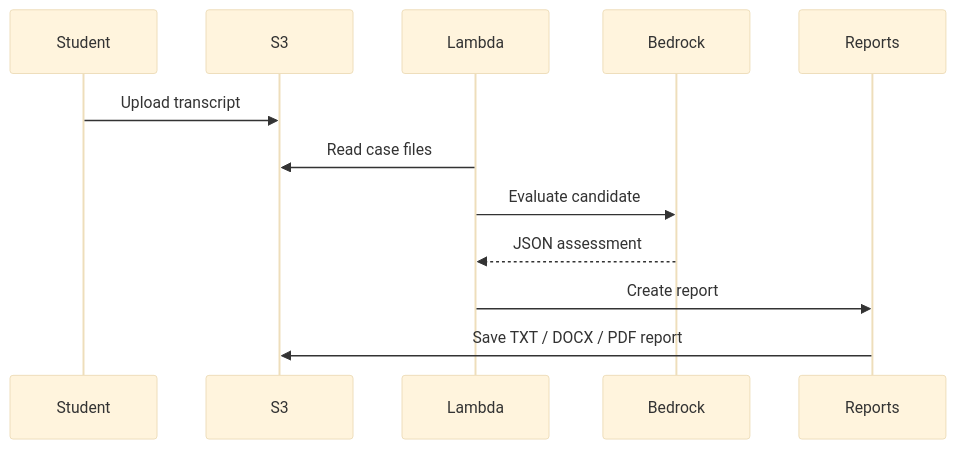
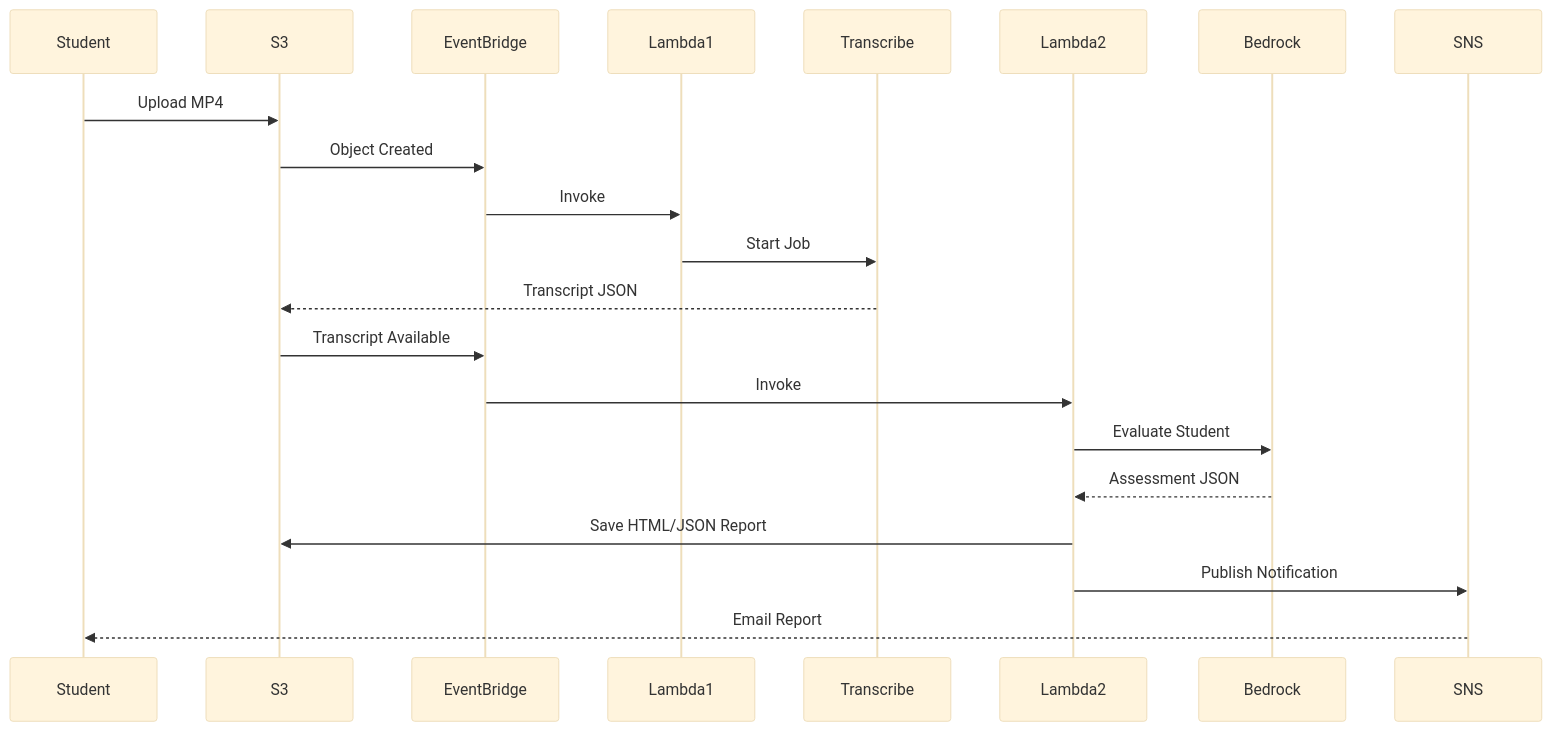
One commit to pratap-rajan/dental-ai-tutor changed the second of 4 diagrams in README.md. Above: the diagram before and after it, drawn with Mermaid (base theme). The commit also changed other lines of this file, not shown here.

````diff
--- a/README.md
+++ b/README.md
@@ -65,21 +127,36 @@
 ```mermaid
 sequenceDiagram
 
 participant Student
 participant S3
-participant Lambda
+participant EventBridge
+participant Lambda1
+participant Transcribe
+participant Lambda2
 participant Bedrock
-participant Reports
+participant SNS
 
-Student->>S3: Upload transcript
+Student->>S3: Upload MP4
 
-Lambda->>S3: Read case files
+S3->>EventBridge: Object Created
 
-Lambda->>Bedrock: Evaluate candidate
+EventBridge->>Lambda1: Invoke
 
-Bedrock-->>Lambda: JSON assessment
+Lambda1->>Transcribe: Start Job
 
-Lambda->>Reports: Create report
+Transcribe-->>S3: Transcript JSON
 
-Reports->>S3: Save TXT / DOCX / PDF report
+S3->>EventBridge: Transcript Available
+
+EventBridge->>Lambda2: Invoke
+
+Lambda2->>Bedrock: Evaluate Student
+
+Bedrock-->>Lambda2: Assessment JSON
+
+Lambda2->>S3: Save HTML/JSON Report
+
+Lambda2->>SNS: Publish Notification
+
+SNS-->>Student: Email Report
 ```
````
